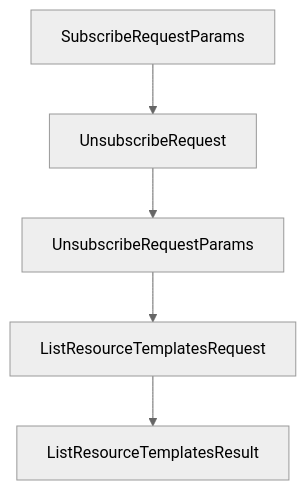
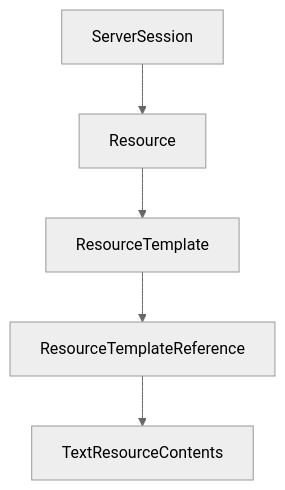
The diagram in tutorials/mcp-kotlin-sdk-tutorial/05-transports-stdio-streamable-http-sse-and-websocket.md (johnxie/awesome-code-docs), drawn with Mermaid (neutral theme) before and after one commit. The commit also changed other lines of this file and 1232 other files, not shown here.

````diff
--- a/tutorials/mcp-kotlin-sdk-tutorial/05-transports-stdio-streamable-http-sse-and-websocket.md
+++ b/tutorials/mcp-kotlin-sdk-tutorial/05-transports-stdio-streamable-http-sse-and-websocket.md
@@ -221,12 +219,12 @@
 ```mermaid
 flowchart TD
-    A[SubscribeRequestParams]
-    B[UnsubscribeRequest]
-    C[UnsubscribeRequestParams]
-    D[ListResourceTemplatesRequest]
-    E[ListResourceTemplatesResult]
+    A[ServerSession]
+    B[Resource]
+    C[ResourceTemplate]
+    D[ResourceTemplateReference]
+    E[TextResourceContents]
     A --> B
     B --> C
     C --> D
     D --> E
 ```
````
